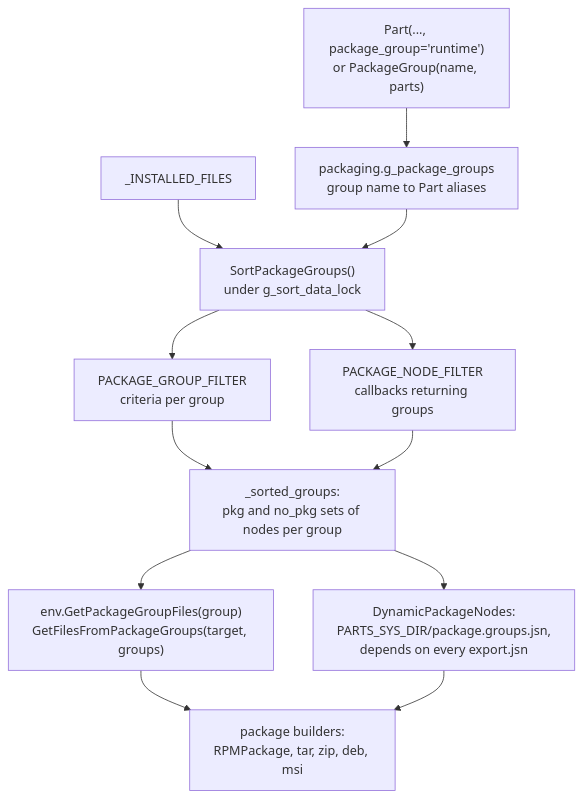
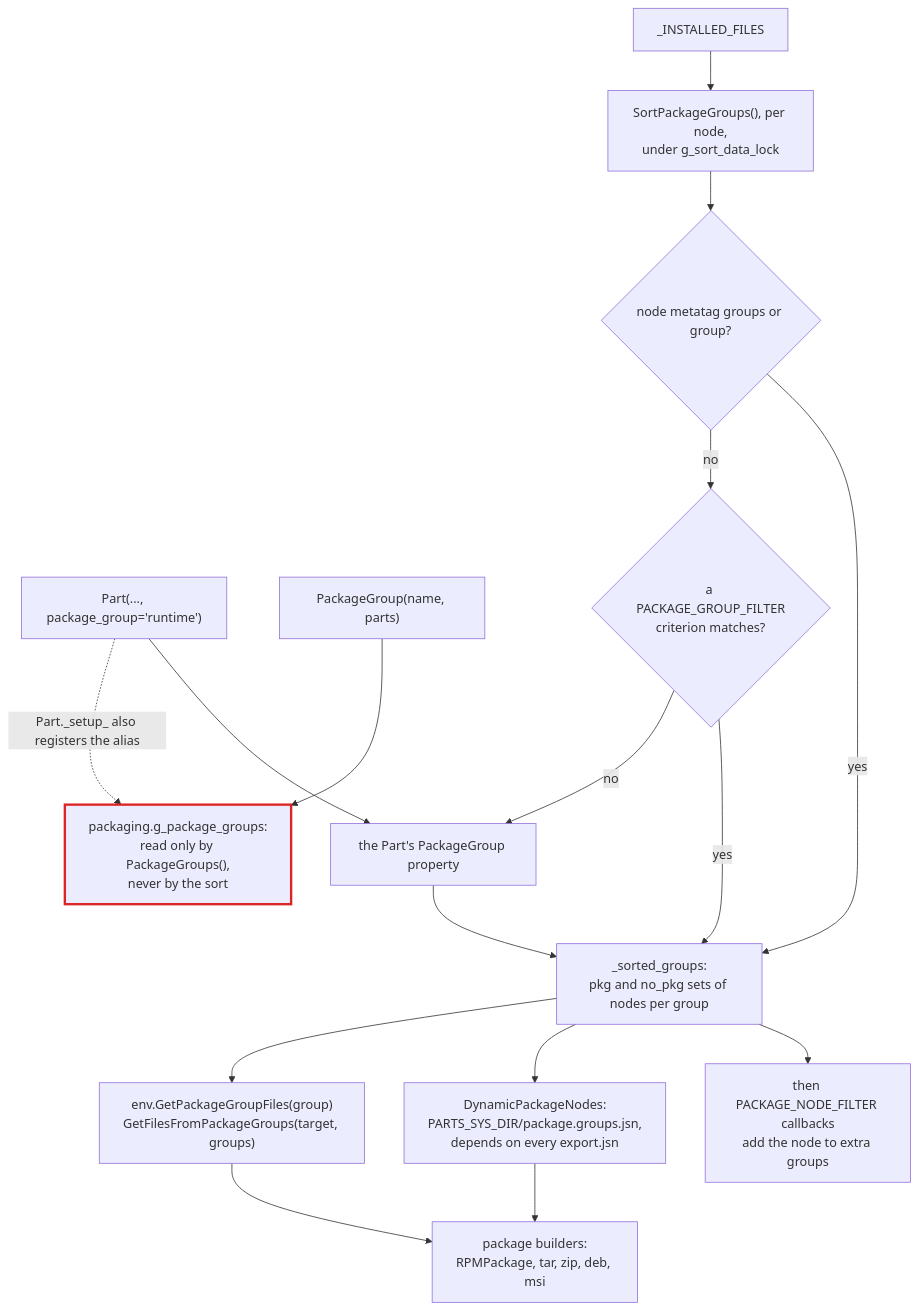
One commit to sconsparts/parts changed the second of 3 diagrams in doc/architecture/06-sdk-install-packaging.md. Above: the diagram before and after it, drawn with Mermaid. The commit also changed other lines of this file and 8 other files, not shown here.

First line of the commit message:
Correct the architecture maps after an order-and-attribution review

````diff
--- a/doc/architecture/06-sdk-install-packaging.md
+++ b/doc/architecture/06-sdk-install-packaging.md
@@ -28,14 +28,19 @@
 ```mermaid
 flowchart TD
-    P["Part(..., package_group='runtime')<br/>or PackageGroup(name, parts)"] --> G["packaging.g_package_groups<br/>group name to Part aliases"]
-    IF["_INSTALLED_FILES"] --> S["SortPackageGroups()<br/>under g_sort_data_lock"]
-    G --> S
-    S --> F1["PACKAGE_GROUP_FILTER<br/>criteria per group"]
-    S --> F2["PACKAGE_NODE_FILTER<br/>callbacks returning groups"]
-    F1 --> SG["_sorted_groups:<br/>pkg and no_pkg sets of nodes per group"]
-    F2 --> SG
+    P["Part(..., package_group='runtime')"] --> PG["the Part's PackageGroup property"]
+    P -.->|"Part._setup_ also registers the alias"| G
+    PGN["PackageGroup(name, parts)"] --> G["packaging.g_package_groups:<br/>read only by PackageGroups(),<br/>never by the sort"]:::hot
+    IF["_INSTALLED_FILES"] --> S["SortPackageGroups(), per node,<br/>under g_sort_data_lock"]
+    S --> F0{"node metatag groups or group?"}
+    F0 -->|"yes"| SG
+    F0 -->|"no"| F1{"a PACKAGE_GROUP_FILTER<br/>criterion matches?"}
+    F1 -->|"yes"| SG
+    F1 -->|"no"| PG
+    PG --> SG["_sorted_groups:<br/>pkg and no_pkg sets of nodes per group"]
+    SG --> F2["then PACKAGE_NODE_FILTER callbacks<br/>add the node to extra groups"]
+    classDef hot stroke:#dc2626,stroke-width:3px
     SG --> DPN["DynamicPackageNodes:<br/>PARTS_SYS_DIR/package.groups.jsn,<br/>depends on every export.jsn"]
     SG --> GF["env.GetPackageGroupFiles(group)<br/>GetFilesFromPackageGroups(target, groups)"]
     GF --> PK["package builders:<br/>RPMPackage, tar, zip, deb, msi"]
     DPN --> PK
 ```
````
